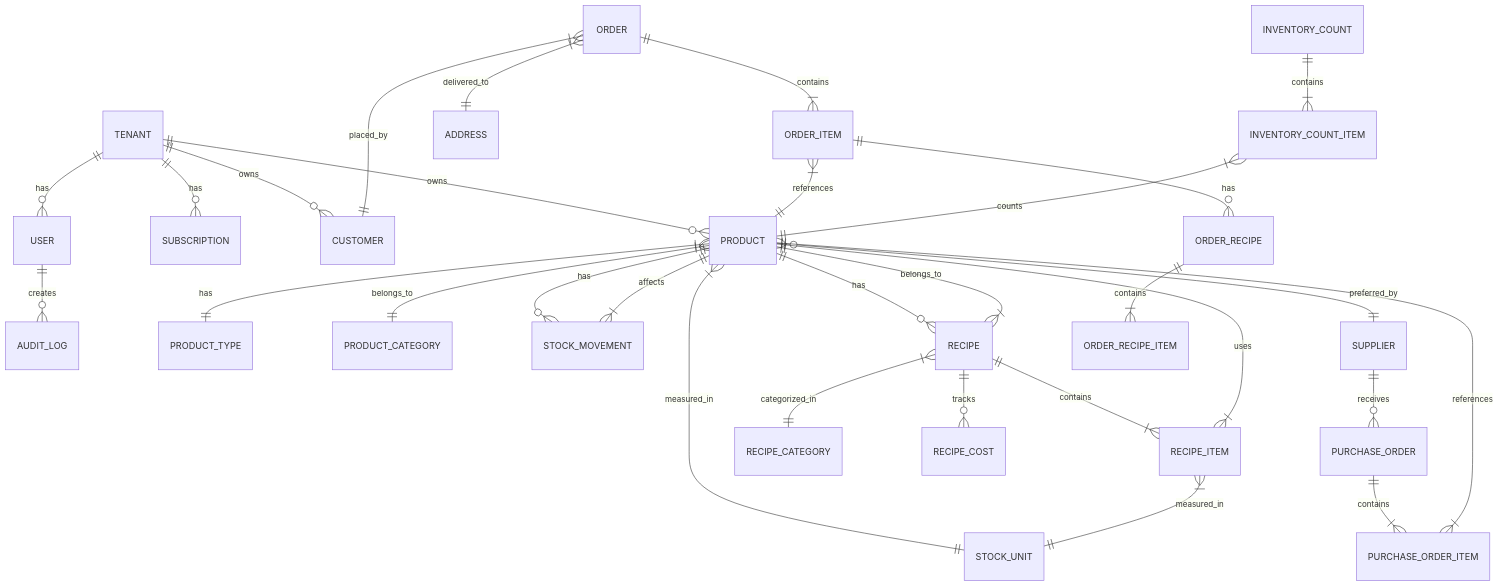
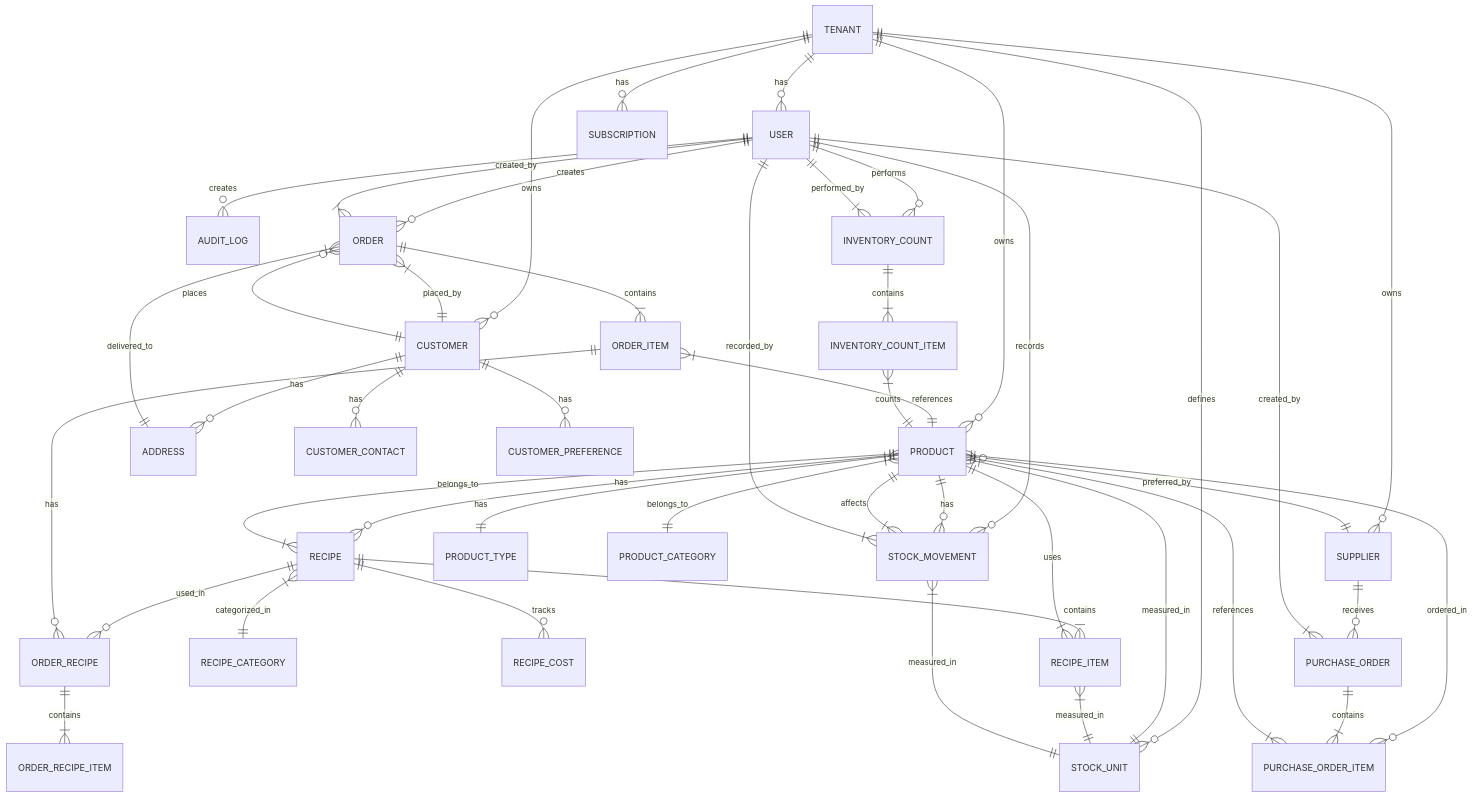
The diagram in docs/database_diagram.md (yusufaakarsu/cicekcrm), drawn with Mermaid before and after one commit. The commit also changed 3 other files, not shown here.

````diff
--- a/docs/database_diagram.md
+++ b/docs/database_diagram.md
@@ -1,36 +1,61 @@
 ```mermaid
 erDiagram
+    %% Tenant İlişkileri
     TENANT ||--o{ USER : has
     TENANT ||--o{ SUBSCRIPTION : has
-    USER ||--o{ AUDIT_LOG : creates
     TENANT ||--o{ CUSTOMER : owns
     TENANT ||--o{ PRODUCT : owns
+    TENANT ||--o{ SUPPLIER : owns
+    TENANT ||--o{ STOCK_UNIT : defines
 
+    %% Kullanıcı İlişkileri
+    USER ||--o{ AUDIT_LOG : creates
+    USER ||--o{ ORDER : creates
+    USER ||--o{ INVENTORY_COUNT : performs
+    USER ||--o{ STOCK_MOVEMENT : records
+
+    %% Müşteri İlişkileri
+    CUSTOMER ||--o{ ORDER : places
+    CUSTOMER ||--o{ ADDRESS : has
+    CUSTOMER ||--o{ CUSTOMER_CONTACT : has
+    CUSTOMER ||--o{ CUSTOMER_PREFERENCE : has
+
+    %% Ürün ve Stok İlişkileri
     PRODUCT }|--|| PRODUCT_TYPE : has
     PRODUCT }|--|| PRODUCT_CATEGORY : belongs_to
     PRODUCT ||--o{ STOCK_MOVEMENT : has
     PRODUCT ||--o{ RECIPE : has
     PRODUCT }|--|| STOCK_UNIT : measured_in
     PRODUCT }o--|| SUPPLIER : preferred_by
+    PRODUCT ||--o{ PURCHASE_ORDER_ITEM : ordered_in
 
+    %% Reçete İlişkileri
     RECIPE ||--|{ RECIPE_ITEM : contains
     RECIPE }|--|| PRODUCT : belongs_to
     RECIPE }|--|| RECIPE_CATEGORY : categorized_in
     RECIPE_ITEM }|--|| PRODUCT : uses
     RECIPE_ITEM }|--|| STOCK_UNIT : measured_in
     RECIPE ||--o{ RECIPE_COST : tracks
+    RECIPE ||--o{ ORDER_RECIPE : used_in
 
+    %% Sipariş İlişkileri
     ORDER ||--|{ ORDER_ITEM : contains
     ORDER }|--|| CUSTOMER : placed_by
     ORDER }|--|| ADDRESS : delivered_to
+    ORDER }|--|| USER : created_by
     ORDER_ITEM }|--|| PRODUCT : references
     ORDER_ITEM ||--o{ ORDER_RECIPE : has
     ORDER_RECIPE ||--|{ ORDER_RECIPE_ITEM : contains
 
+    %% Stok Yönetimi
     SUPPLIER ||--o{ PURCHASE_ORDER : receives
     PURCHASE_ORDER ||--|{ PURCHASE_ORDER_ITEM : contains
+    PURCHASE_ORDER }|--|| USER : created_by
     PURCHASE_ORDER_ITEM }|--|| PRODUCT : references
     INVENTORY_COUNT ||--|{ INVENTORY_COUNT_ITEM : contains
+    INVENTORY_COUNT }|--|| USER : performed_by
     INVENTORY_COUNT_ITEM }|--|| PRODUCT : counts
     STOCK_MOVEMENT }|--|| PRODUCT : affects
+    STOCK_MOVEMENT }|--|| USER : recorded_by
+    STOCK_MOVEMENT }|--|| STOCK_UNIT : measured_in
 ```
````
